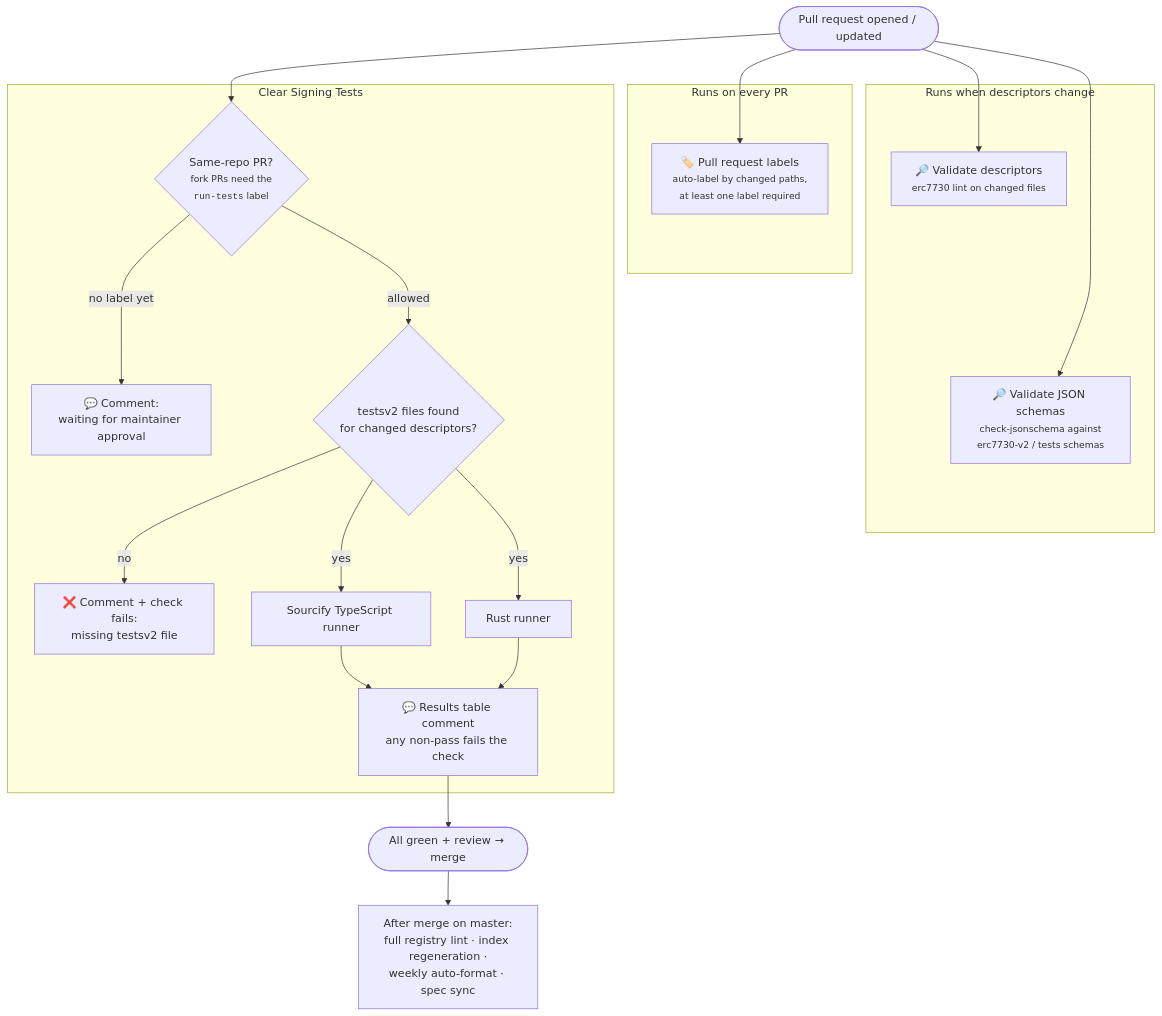
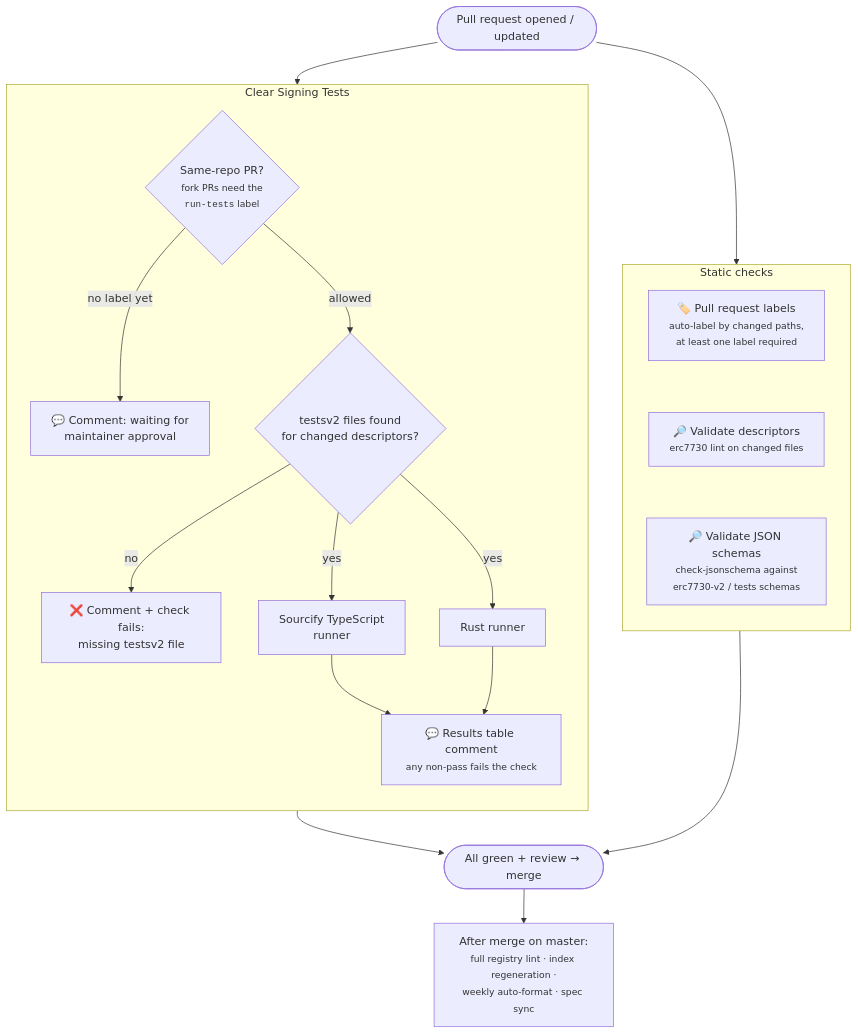
One commit to sourcifyeth/clear-signing-docs changed the diagram in docs/registry/ci-checks.md. Above: the diagram before and after it, drawn with Mermaid. The commit also changed 1 other file, not shown here.

Commit message:
Render the CI pipeline diagram at a readable size
Restructure the flowchart into a narrower two-column layout and give
Mermaid SVGs a minimum width with horizontal scrolling in their
container, so diagrams stay legible on desktop and mobile instead of
shrinking to fit.

````diff
--- a/docs/registry/ci-checks.md
+++ b/docs/registry/ci-checks.md
@@ -12,31 +12,31 @@
 ```mermaid
 flowchart TD
-    PR([Pull request opened / updated]) --> LBL
+    PR([Pull request opened / updated])
 
-    subgraph always ["Runs on every PR"]
+    subgraph static ["Static checks"]
+        direction TB
         LBL["🏷️ Pull request labels<br/><small>auto-label by changed paths,<br/>at least one label required</small>"]
+        DESC["🔎 Validate descriptors<br/><small>erc7730 lint on changed files</small>"]
+        SCHEMA["🔎 Validate JSON schemas<br/><small>check-jsonschema against<br/>erc7730-v2 / tests schemas</small>"]
+        LBL ~~~ DESC ~~~ SCHEMA
     end
 
-    PR --> DESC
-    subgraph desc ["Runs when descriptors change"]
-        DESC["🔎 Validate descriptors<br/><small>erc7730 lint on changed files</small>"]
-        SCHEMA["🔎 Validate JSON schemas<br/><small>check-jsonschema against<br/>erc7730-v2 / tests schemas</small>"]
-        DESC ~~~ SCHEMA
-    end
-    PR --> SCHEMA
-
-    PR --> GATE
     subgraph tests ["Clear Signing Tests"]
+        direction TB
         GATE{"Same-repo PR?<br/><small>fork PRs need the<br/><code>run-tests</code> label</small>"}
-        GATE -- "no label yet" --> WAIT["💬 Comment:<br/>waiting for maintainer approval"]
+        GATE -- "no label yet" --> WAIT["💬 Comment: waiting for<br/>maintainer approval"]
         GATE -- "allowed" --> DETECT{"testsv2 files found<br/>for changed descriptors?"}
-        DETECT -- no --> MISSING["❌ Comment + check fails:<br/>missing testsv2 file"]
-        DETECT -- yes --> RUNTS["Sourcify TypeScript runner"]
-        DETECT -- yes --> RUNRS["Rust runner"]
-        RUNTS --> RESULTS["💬 Results table comment<br/>any non-pass fails the check"]
+        DETECT -- "no" --> MISSING["❌ Comment + check fails:<br/>missing testsv2 file"]
+        DETECT -- "yes" --> RUNTS["Sourcify TypeScript<br/>runner"]
+        DETECT -- "yes" --> RUNRS["Rust runner"]
+        RUNTS --> RESULTS["💬 Results table comment<br/><small>any non-pass fails the check</small>"]
         RUNRS --> RESULTS
     end
 
+    PR --> LBL
+    PR --> GATE
     RESULTS --> MERGE([All green + review → merge])
-    MERGE --> POST["After merge on master:<br/>full registry lint · index regeneration ·<br/>weekly auto-format · spec sync"]
+    SCHEMA ~~~ MERGE
+    static --> MERGE
+    MERGE --> POST["After merge on master:<br/><small>full registry lint · index regeneration ·<br/>weekly auto-format · spec sync</small>"]
 ```
````
